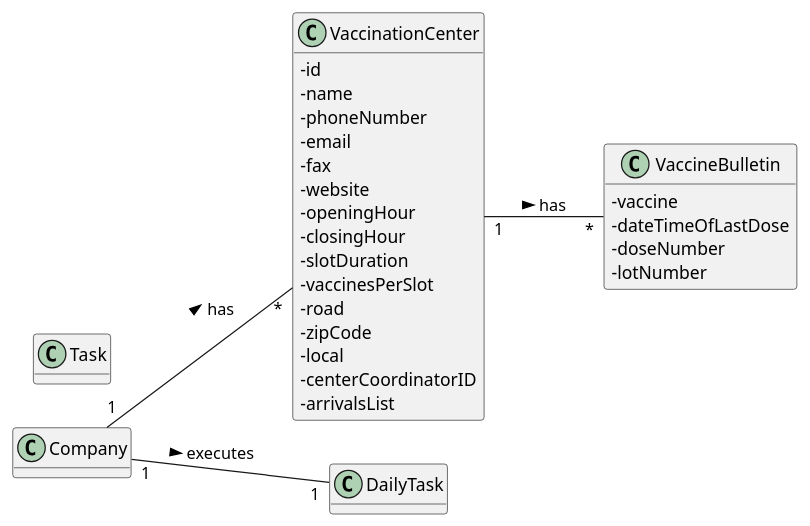
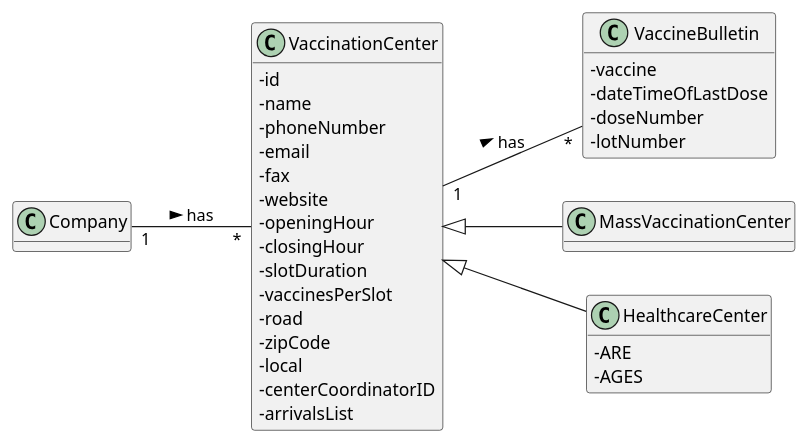
Before and after one commit to Pirussa/lei-22-s2-1da-g02: the diagram in docs/SprintD/US006/US006_MD.puml, drawn with PlantUML. The commit also changed 8 other files, not shown here.

Commit message:
US006 - Documentation - Diagrams - Design - Updates in pretty much every diagram, and some on the written documentation.

```diff
--- a/docs/SprintD/US006/US006_MD.puml
+++ b/docs/SprintD/US006/US006_MD.puml
@@ -1,41 +1,47 @@
 @startuml
 'https://plantuml.com/class-diagram
 
 left to right direction
 skinparam classAttributeIconSize 0
 hide methods
 
 Class Company{
 }
 
 Class VaccinationCenter{
 -id
 -name
 -phoneNumber
 -email
 -fax
 -website
 -openingHour
 -closingHour
 -slotDuration
 -vaccinesPerSlot
 -road
 -zipCode
 -local
 -centerCoordinatorID
 -arrivalsList
 }
 
 Class VaccineBulletin{
 -vaccine
 -dateTimeOfLastDose
 -doseNumber
 -lotNumber
 }
 
-Class Task
+class MassVaccinationCenter extends VaccinationCenter {
+
+}
+
+class HealthcareCenter extends VaccinationCenter {
+-ARE
+-AGES
+}
 
 Company "1" -- "*" VaccinationCenter: has >
 VaccinationCenter"1" -- "*"VaccineBulletin: has >
-Company "1" -- "1" DailyTask: executes >
 @enduml
```
